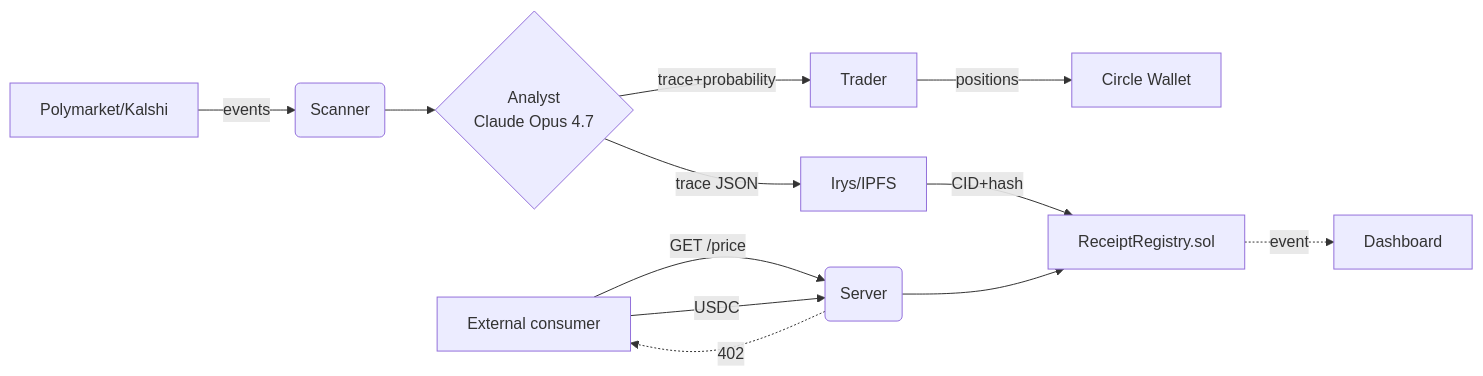
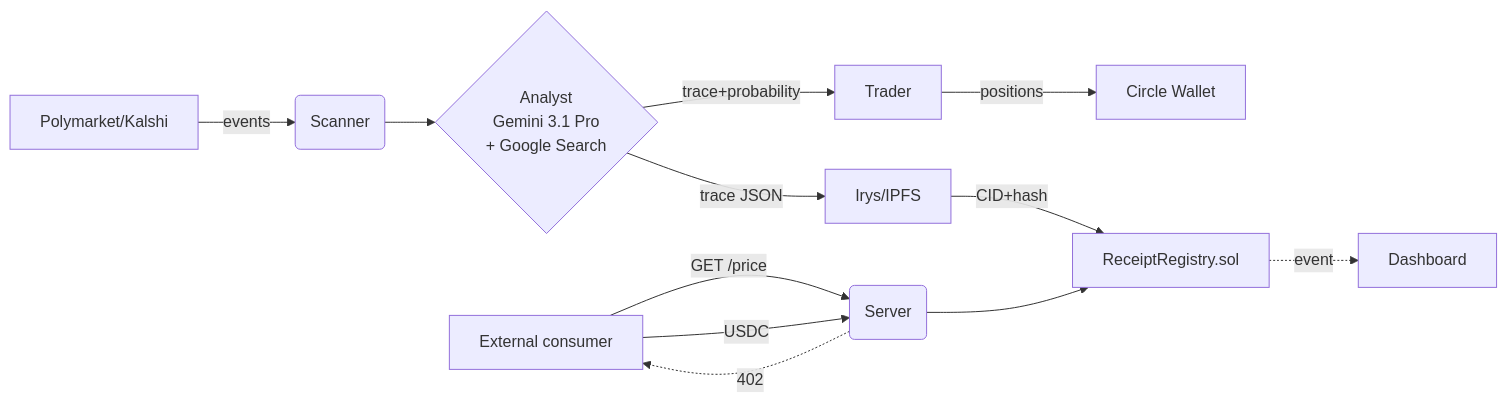
One commit to tang-vu/reasoning-receipt changed the diagram in README.md. Above: the diagram before and after it, drawn with Mermaid. The commit also changed other lines of this file and 6 other files, not shown here.

First line of the commit message:
docs: align all references to Gemini 3.1 Pro Preview as primary analyst

````diff
--- a/README.md
+++ b/README.md
@@ -15,14 +15,14 @@
 ```mermaid
 graph LR
   A[Polymarket/Kalshi] -->|events| B(Scanner)
-  B --> C{Analyst<br/>Claude Opus 4.7}
+  B --> C{Analyst<br/>Gemini 3.1 Pro<br/>+ Google Search}
   C -->|trace+probability| D[Trader]
   D -->|positions| E[Circle Wallet]
   C -->|trace JSON| F[Irys/IPFS]
   F -->|CID+hash| G[ReceiptRegistry.sol]
   G -.->|event| H[Dashboard]
   I[External consumer] -->|GET /price| J(Server)
   J -.->|402| I
   I -->|USDC| J
   J --> G
 ```
````
